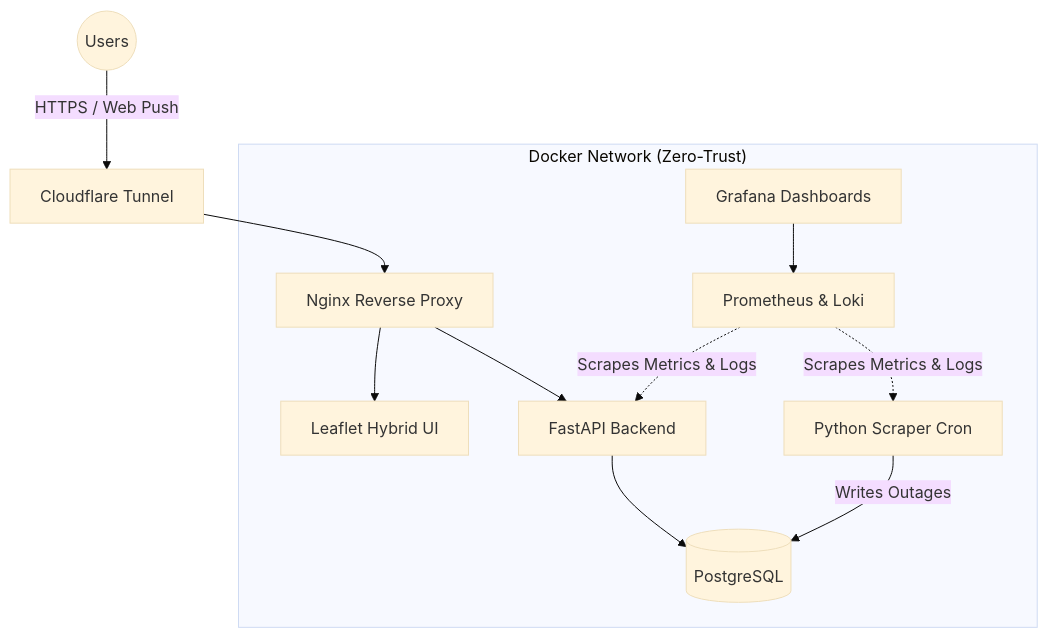
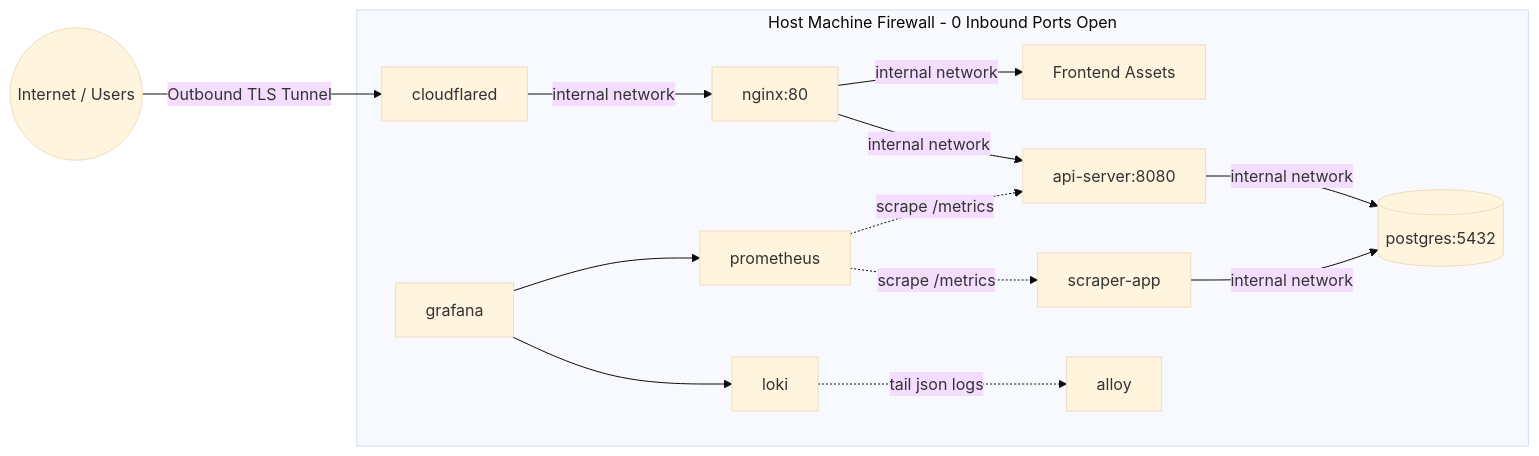
The diagram in README.md (e75ti/power_outages_ba), drawn with Mermaid (base theme) before and after one commit. The commit also changed other lines of this file, not shown here.

````diff
--- a/README.md
+++ b/README.md
@@ -14,17 +16,16 @@
 ```mermaid
-graph TD
-    User((Users)) -->|HTTPS / Web Push| CF[Cloudflare Tunnel]
-    CF --> Nginx[Nginx Reverse Proxy]
-    
-    subgraph "Docker Network (Zero-Trust)"
-    Nginx --> UI[Leaflet Hybrid UI]
-    Nginx --> API[FastAPI Backend]
-    
-    API --> DB[(PostgreSQL)]
-    Scraper[Python Scraper Cron] -->|Writes Outages| DB
-    
-    Prometheus[Prometheus & Loki] -.->|Scrapes Metrics & Logs| API
-    Prometheus -.->|Scrapes Metrics & Logs| Scraper
-    Grafana[Grafana Dashboards] --> Prometheus
+graph LR
+    subgraph Host Machine Firewall - 0 Inbound Ports Open
+        CF[cloudflared] -->|internal network| Nginx[nginx:80]
+        Nginx -->|internal network| UI[Frontend Assets]
+        Nginx -->|internal network| API[api-server:8080]
+        API -->|internal network| DB[(postgres:5432)]
+        Scraper[scraper-app] -->|internal network| DB
+        Prom[prometheus] -.->|scrape /metrics| API
+        Prom -.->|scrape /metrics| Scraper
+        Loki[loki] -.->|tail json logs| Alloy[alloy]
+        Grafana[grafana] --> Prom
+        Grafana --> Loki
     end
+    Internet((Internet / Users)) -->|Outbound TLS Tunnel| CF
 ```
````
